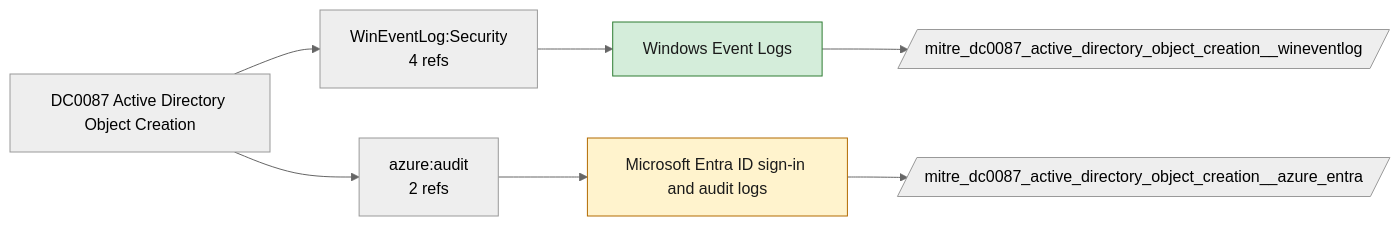
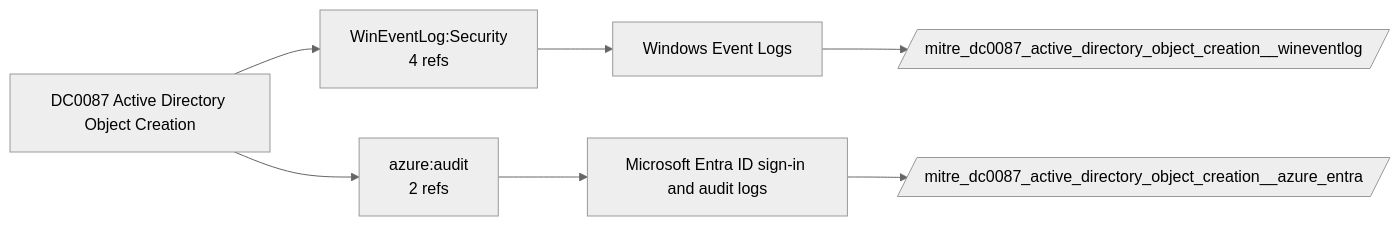
The diagram in docs/data-components/DC0087-active-directory-object-creation.md (dev-nobytes-io/mitre-defensive-mappings-spl), drawn with Mermaid (neutral theme) before and after one commit. The commit also changed other lines of this file and 366 other files, not shown here.

````diff
--- a/docs/data-components/DC0087-active-directory-object-creation.md
+++ b/docs/data-components/DC0087-active-directory-object-creation.md
@@ -19,16 +19,12 @@
 ```mermaid
 flowchart LR
   DC["DC0087 Active Directory Object Creation"]
   DC --> LS0["WinEventLog:Security<br/>4 refs"]
   F_wineventlog["Windows Event Logs"]
   LS0 --> F_wineventlog
   DC --> LS1["azure:audit<br/>2 refs"]
   F_azure_entra["Microsoft Entra ID sign-in and audit logs"]
   LS1 --> F_azure_entra
+  F_azure_entra --> ET_azure_entra[/"mitre_dc0087_active_directory_object_creation__azure_entra"/]
   F_wineventlog --> ET_wineventlog[/"mitre_dc0087_active_directory_object_creation__wineventlog"/]
-  class F_wineventlog live
-  F_azure_entra --> ET_azure_entra[/"mitre_dc0087_active_directory_object_creation__azure_entra"/]
-  class F_azure_entra ready
-  classDef live fill:#d4edda,stroke:#2e7d32,color:#1b1b1b
-  classDef ready fill:#fff3cd,stroke:#b26a00,color:#1b1b1b
 ```
````
